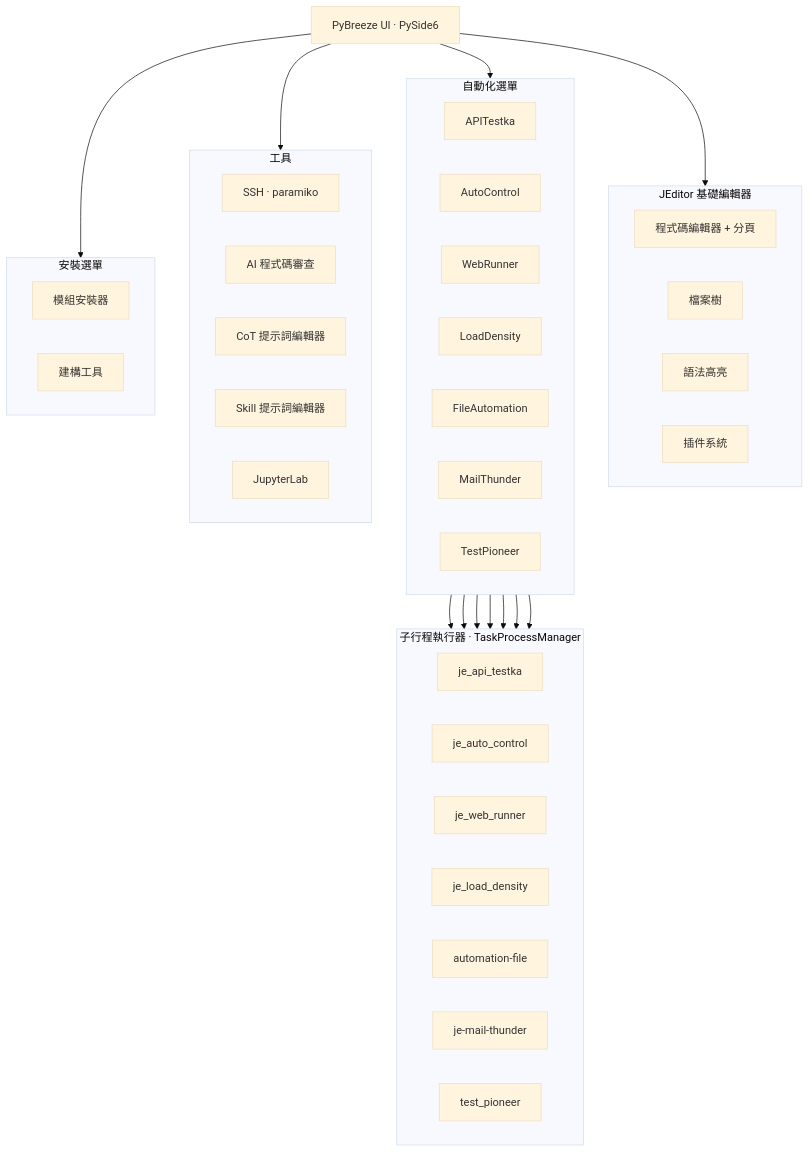
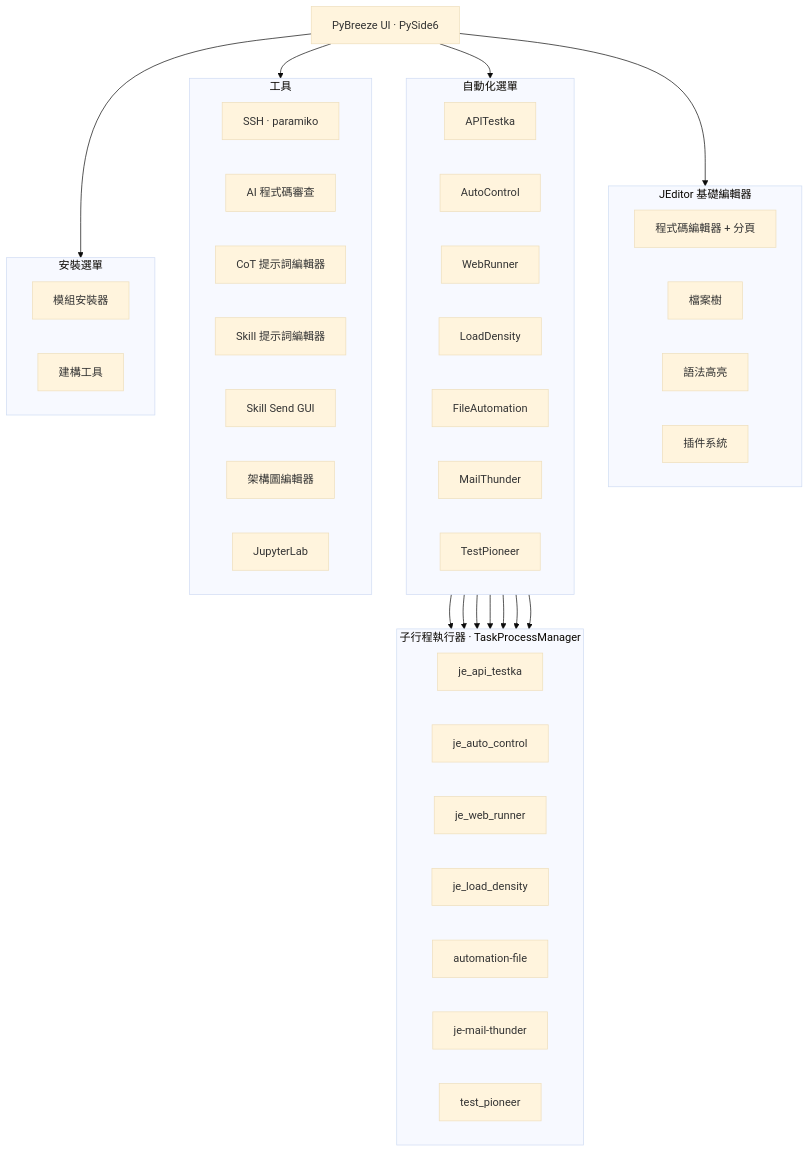
The diagram in README/README_zh-TW.md (Integration-Automation/PyBreeze), drawn with Mermaid (base theme) before and after one commit. The commit also changed other lines of this file and 6 other files, not shown here.

Commit message:
Document diagram editor, file tree context menu, and skill send GUI

````diff
--- a/README/README_zh-TW.md
+++ b/README/README_zh-TW.md
@@ -110,62 +119,64 @@
 ```mermaid
 flowchart TB
     UI["PyBreeze UI · PySide6"]
 
     subgraph Editor["JEditor 基礎編輯器"]
         direction LR
         E1["程式碼編輯器 + 分頁"]
         E2["檔案樹"]
         E3["語法高亮"]
         E4["插件系統"]
     end
 
     subgraph Automation["自動化選單"]
         direction LR
         A1["APITestka"]
         A2["AutoControl"]
         A3["WebRunner"]
         A4["LoadDensity"]
         A5["FileAutomation"]
         A6["MailThunder"]
         A7["TestPioneer"]
     end
 
     subgraph Executors["子行程執行器 · TaskProcessManager"]
         direction LR
         X1["je_api_testka"]
         X2["je_auto_control"]
         X3["je_web_runner"]
         X4["je_load_density"]
         X5["automation-file"]
         X6["je-mail-thunder"]
         X7["test_pioneer"]
     end
 
     subgraph Tools["工具"]
         direction LR
         T1["SSH · paramiko"]
         T2["AI 程式碼審查"]
         T3["CoT 提示詞編輯器"]
         T4["Skill 提示詞編輯器"]
-        T5["JupyterLab"]
+        T5["Skill Send GUI"]
+        T6["架構圖編輯器"]
+        T7["JupyterLab"]
     end
 
     subgraph Install["安裝選單"]
         direction LR
         I1["模組安裝器"]
         I2["建構工具"]
     end
 
     UI --> Editor
     UI --> Automation
     UI --> Tools
     UI --> Install
 
     A1 --> X1
     A2 --> X2
     A3 --> X3
     A4 --> X4
     A5 --> X5
     A6 --> X6
     A7 --> X7
 ```
````
